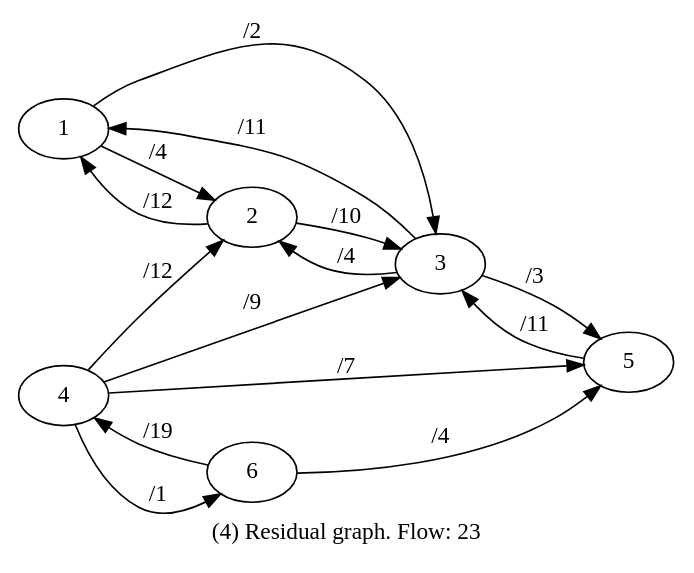
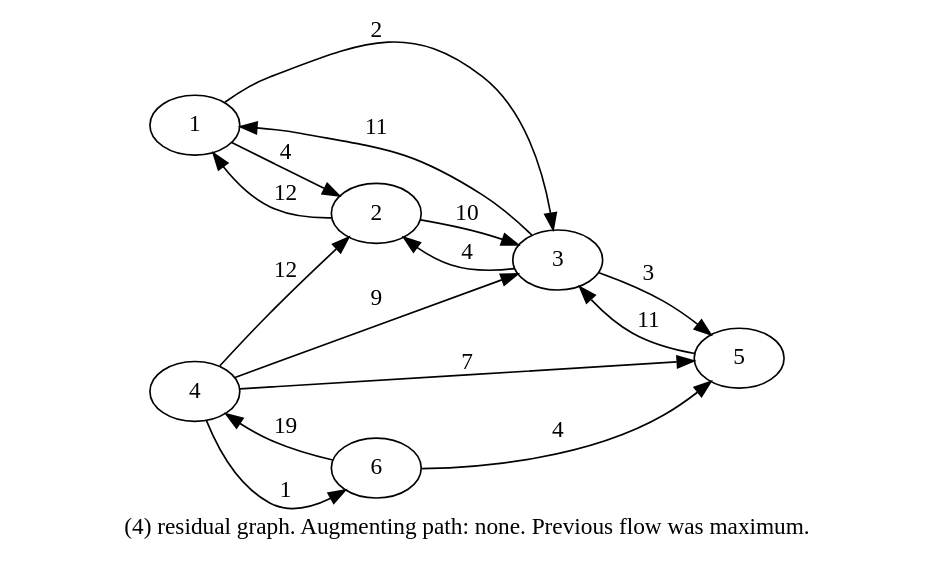
One commit to maryamass/Graph changed the diagram in output_residual4.gv. Above: the diagram before and after it, drawn with Graphviz. The commit also changed 9 other files, not shown here.

```diff
--- a/output_residual4.gv
+++ b/output_residual4.gv
@@ -1,18 +1,18 @@
-digraph residual4 {
-rankdir="LR"
-label="(4) Residual graph. Flow: 23"
-  1 -> 2 [label="/4"];
-  1 -> 3 [label="/2"];
-  2 -> 1 [label="/12"];
-  2 -> 3 [label="/10"];
-  3 -> 1 [label="/11"];
-  3 -> 2 [label="/4"];
-  3 -> 5 [label="/3"];
-  4 -> 2 [label="/12"];
-  4 -> 3 [label="/9"];
-  4 -> 5 [label="/7"];
-  4 -> 6 [label="/1"];
-  5 -> 3 [label="/11"];
-  6 -> 4 [label="/19"];
-  6 -> 5 [label="/4"];
+digraph residualGraph4 {
+  rankdir="LR"
+  label="(4) residual graph. Augmenting path: none. Previous flow was maximum."
+  1 -> 2 [label="4"];
+  1 -> 3 [label="2"];
+  2 -> 1 [label="12"];
+  2 -> 3 [label="10"];
+  3 -> 1 [label="11"];
+  3 -> 2 [label="4"];
+  3 -> 5 [label="3"];
+  4 -> 2 [label="12"];
+  4 -> 3 [label="9"];
+  4 -> 5 [label="7"];
+  4 -> 6 [label="1"];
+  5 -> 3 [label="11"];
+  6 -> 4 [label="19"];
+  6 -> 5 [label="4"];
 }
```
